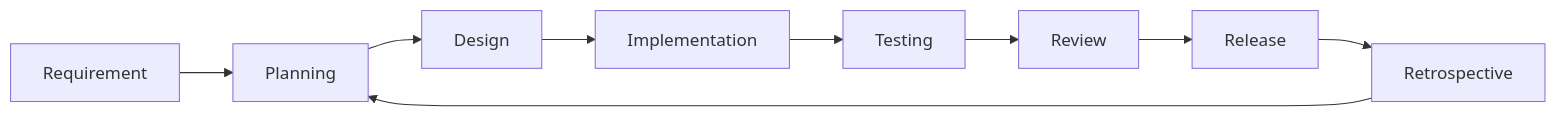
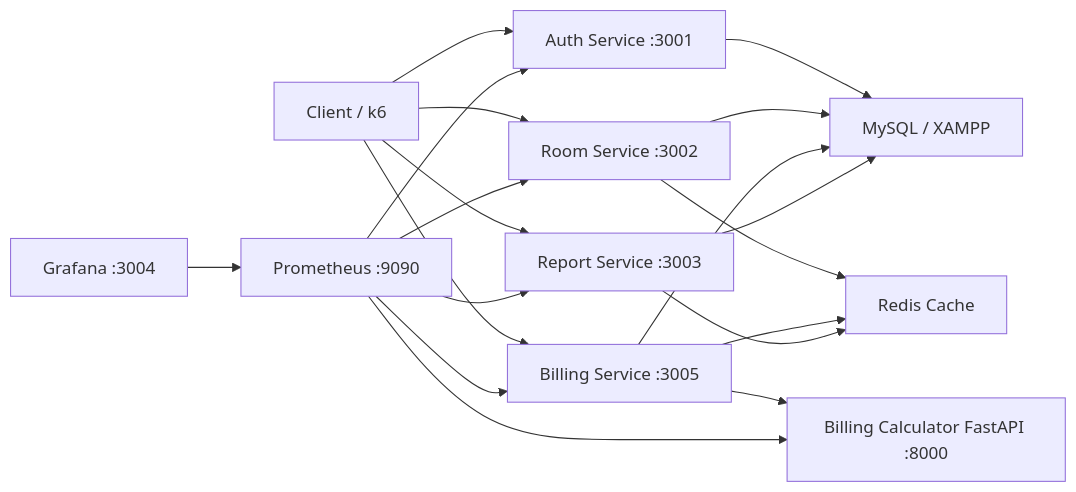
One commit to dungdao150L/Boarding-House-Management changed the diagram in README.md. Above: the diagram before and after it, drawn with Mermaid. The commit also changed other lines of this file and 135 other files, not shown here.

````diff
--- a/README.md
+++ b/README.md
@@ -262,11 +7,21 @@
 ```mermaid
 flowchart LR
-  A["Requirement"] --> B["Planning"]
-  B --> C["Design"]
-  C --> D["Implementation"]
-  D --> E["Testing"]
-  E --> F["Review"]
-  F --> G["Release"]
-  G --> H["Retrospective"]
-  H --> B
+  Client["Client / k6"] --> Auth["Auth Service :3001"]
+  Client --> Room["Room Service :3002"]
+  Client --> Billing["Billing Service :3005"]
+  Client --> Report["Report Service :3003"]
+  Billing --> Calculator["Billing Calculator FastAPI :8000"]
+  Auth --> MySQL["MySQL / XAMPP"]
+  Room --> MySQL
+  Billing --> MySQL
+  Report --> MySQL
+  Room --> Redis["Redis Cache"]
+  Billing --> Redis
+  Report --> Redis
+  Prom["Prometheus :9090"] --> Auth
+  Prom --> Room
+  Prom --> Billing
+  Prom --> Calculator
+  Prom --> Report
+  Grafana["Grafana :3004"] --> Prom
 ```
````
